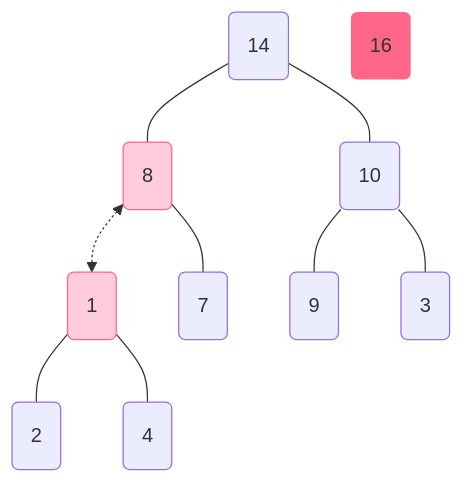
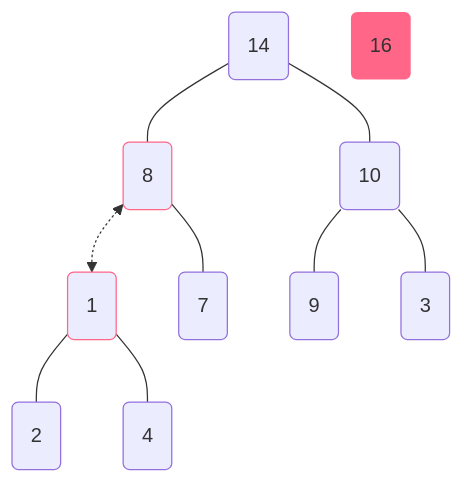
Before and after one commit to KrLite/BrokenThoughts: the fifth of 7 diagrams in docs/notebook/algorithms/sort/heap_sort.md, drawn with Mermaid. The commit also changed other lines of this file and 1 other file, not shown here.

Commit message:
enable mermaid super fences

````diff
--- a/docs/notebook/algorithms/sort/heap_sort.md
+++ b/docs/notebook/algorithms/sort/heap_sort.md
@@ -189,24 +189,24 @@
 ```mermaid
 graph TD
 	1(1)
 	2(2)
 	3(3)
 	4(4)
 	7(7)
 	8(8)
 	9(9)
 	10(10)
 	14(14)
 	16(16)
 	14 --- 8
 	14 --- 10
 	8 <-.-> 1
 	8 --- 7
 	10 --- 9
 	10 --- 3
 	1 --- 2
 	1 --- 4
-	style 1 fill:#fcd,stroke:#f68
-	style 8 fill:#fcd,stroke:#f68
+	style 1 stroke:#f68
+	style 8 stroke:#f68
 	style 16 fill:#f68,stroke-width:0px
 ```
````
